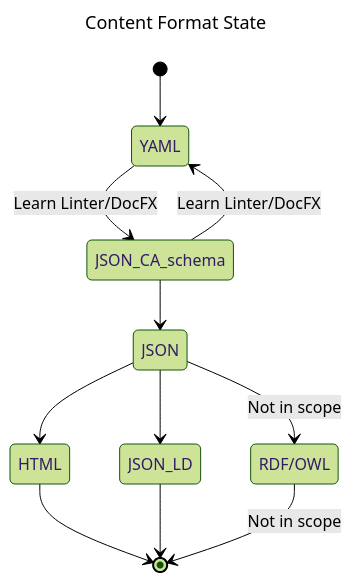
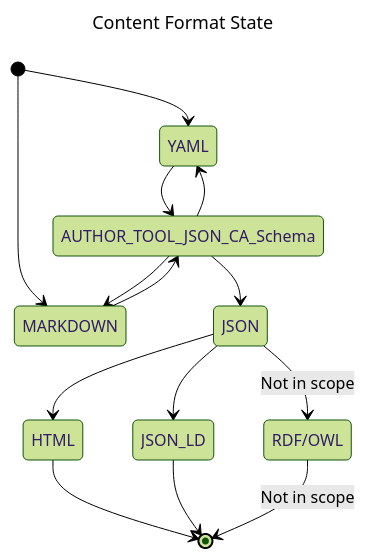
The second of 12 diagrams in docs/document-object-model.md (mattbriggs/tech-doc-generator), drawn with Mermaid (forest theme) before and after one commit. The commit also changed other lines of this file, not shown here.

````diff
--- a/docs/document-object-model.md
+++ b/docs/document-object-model.md
@@ -116,17 +111,20 @@
 ```mermaid
 ---
 title: Content Format State
 ---
 stateDiagram-v2
     [*] --> YAML
-    YAML --> JSON_CA_schema : Learn Linter/DocFX
-    JSON_CA_schema --> YAML : Learn Linter/DocFX
-    JSON_CA_schema --> JSON
+    [*] --> MARKDOWN
+    YAML --> AUTHOR_TOOL_JSON_CA_Schema
+    AUTHOR_TOOL_JSON_CA_Schema--> YAML
+    MARKDOWN --> AUTHOR_TOOL_JSON_CA_Schema
+    AUTHOR_TOOL_JSON_CA_Schema--> MARKDOWN
+    AUTHOR_TOOL_JSON_CA_Schema --> JSON
     JSON --> HTML
     JSON --> JSON_LD
     JSON --> RDF/OWL  : Not in scope
     HTML --> [*]
     JSON_LD --> [*]
     RDF/OWL --> [*] : Not in scope
 
 ```
````
